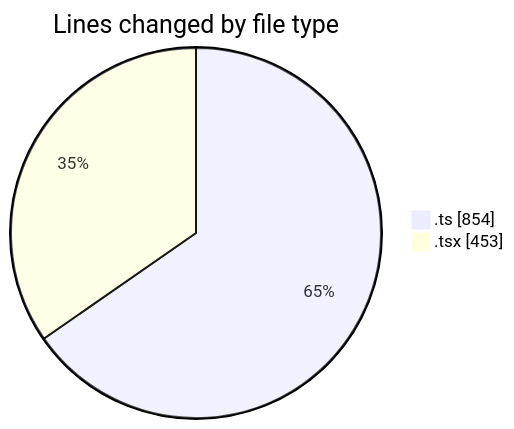
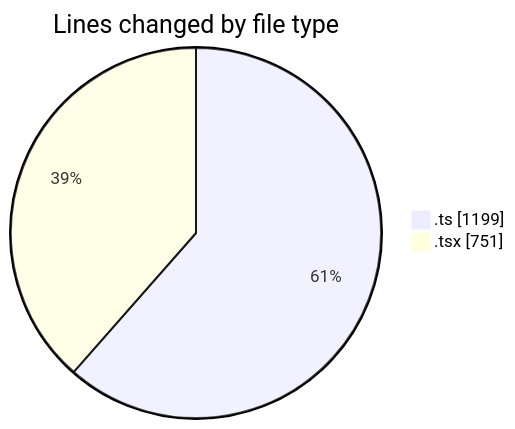
One commit to julien-gomy/code-tracking changed the first of 2 diagrams in 2025-10-23/eventscop-frontend-guide__workspace_/README.md. Above: the diagram before and after it, drawn with Mermaid. The commit also changed other lines of this file and 1 other file, not shown here.

````diff
--- a/2025-10-23/eventscop-frontend-guide__workspace_/README.md
+++ b/2025-10-23/eventscop-frontend-guide__workspace_/README.md
@@ -23,6 +25,6 @@
 ```mermaid
 pie showData
 title Lines changed by file type
-".ts" : 854
-".tsx" : 453
+".ts" : 1199
+".tsx" : 751
 ```
````
